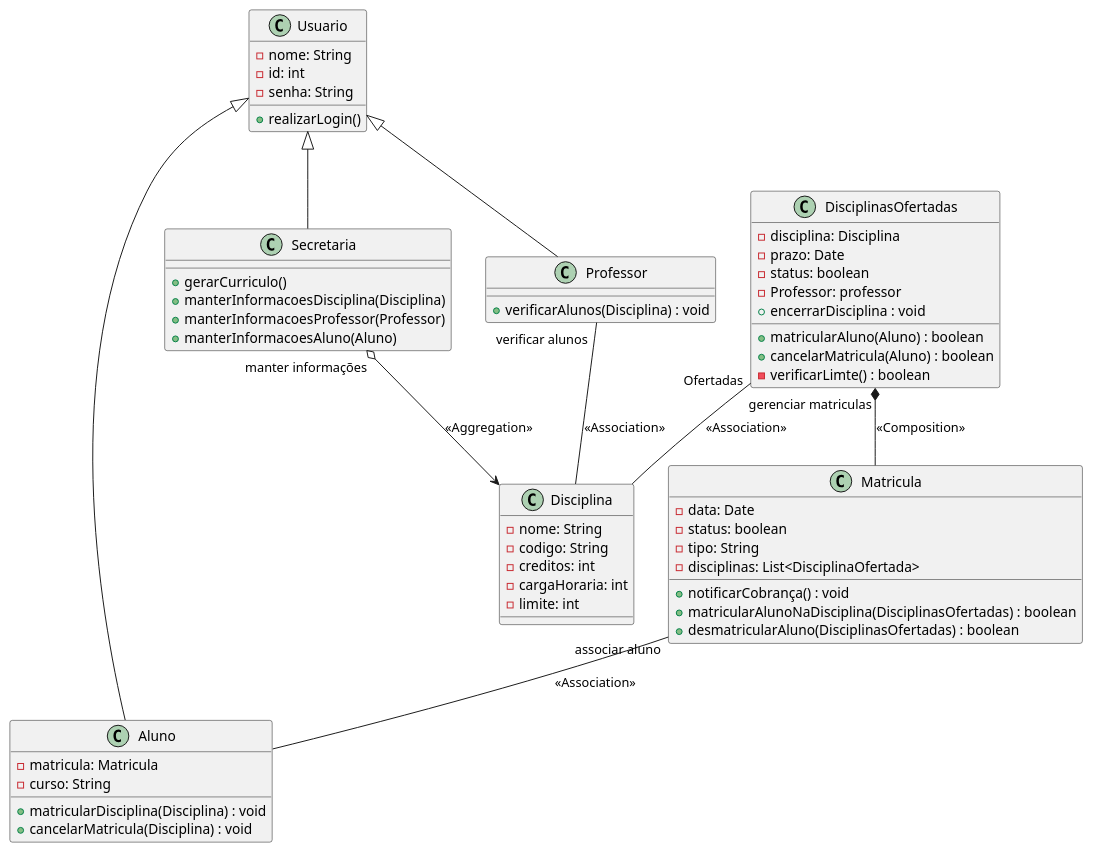
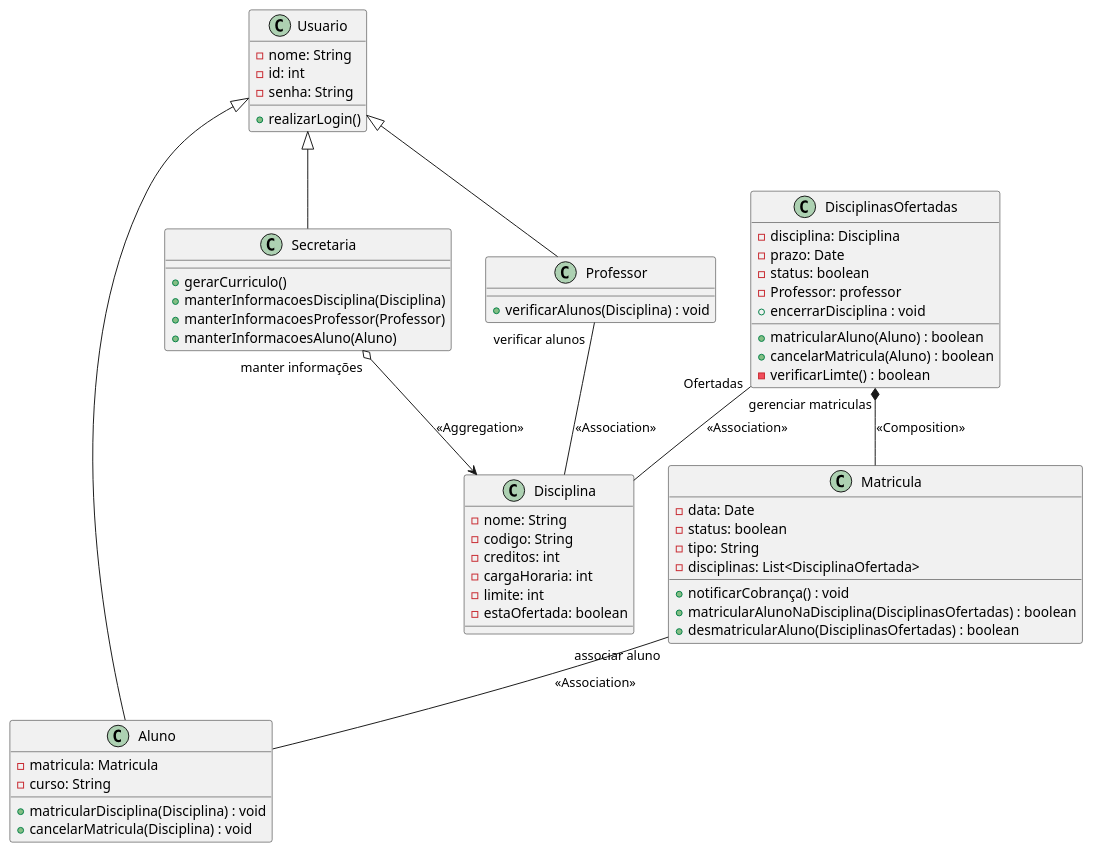
The diagram in projeto/class.PUML (Gaburieru35/Lab01DevSoftware), drawn with PlantUML before and after one commit. The commit also changed 6 other files, not shown here.

Commit message:
Criação dos métodos e corração do diagrama

```diff
--- a/projeto/class.PUML
+++ b/projeto/class.PUML
@@ -1,65 +1,66 @@
 @startuml
 class Usuario {
   -nome: String
   -id: int
   -senha: String
   +realizarLogin()
 }
 
 class Secretaria extends Usuario {
   +gerarCurriculo()
   +manterInformacoesDisciplina(Disciplina)
   +manterInformacoesProfessor(Professor)
   +manterInformacoesAluno(Aluno)
 }
 
 class Aluno extends Usuario {
   -matricula: Matricula
   -curso: String
   +matricularDisciplina(Disciplina) : void
   +cancelarMatricula(Disciplina) : void
 }
 
 class Professor extends Usuario {
   +verificarAlunos(Disciplina) : void
 }
 
 class Disciplina {
   -nome: String
   -codigo: String
   -creditos: int
   -cargaHoraria: int
   -limite: int
+  -estaOfertada: boolean
 }
 
 class DisciplinasOfertadas {
   -disciplina: Disciplina
   -prazo: Date
   -status: boolean
   -Professor: professor
   +matricularAluno(Aluno) : boolean
   +cancelarMatricula(Aluno) : boolean
   +encerrarDisciplina : void
   -verificarLimte() : boolean
 }
 
 class Matricula {
   -data: Date
   -status: boolean
   -tipo: String
   -disciplinas: List<DisciplinaOfertada>
   +notificarCobrança() : void
   +matricularAlunoNaDisciplina(DisciplinasOfertadas) : boolean
   +desmatricularAluno(DisciplinasOfertadas) : boolean
 }
 
 Secretaria o--> Disciplina : "manter informações" <<Aggregation>>
 
 Professor -- Disciplina : "verificar alunos" <<Association>>
 
 DisciplinasOfertadas *-- Matricula : "gerenciar matriculas" <<Composition>>
 
 DisciplinasOfertadas  -- Disciplina : "Ofertadas" <<Association>>
 
 Matricula -- Aluno : "associar aluno" <<Association>>
 @enduml
```
